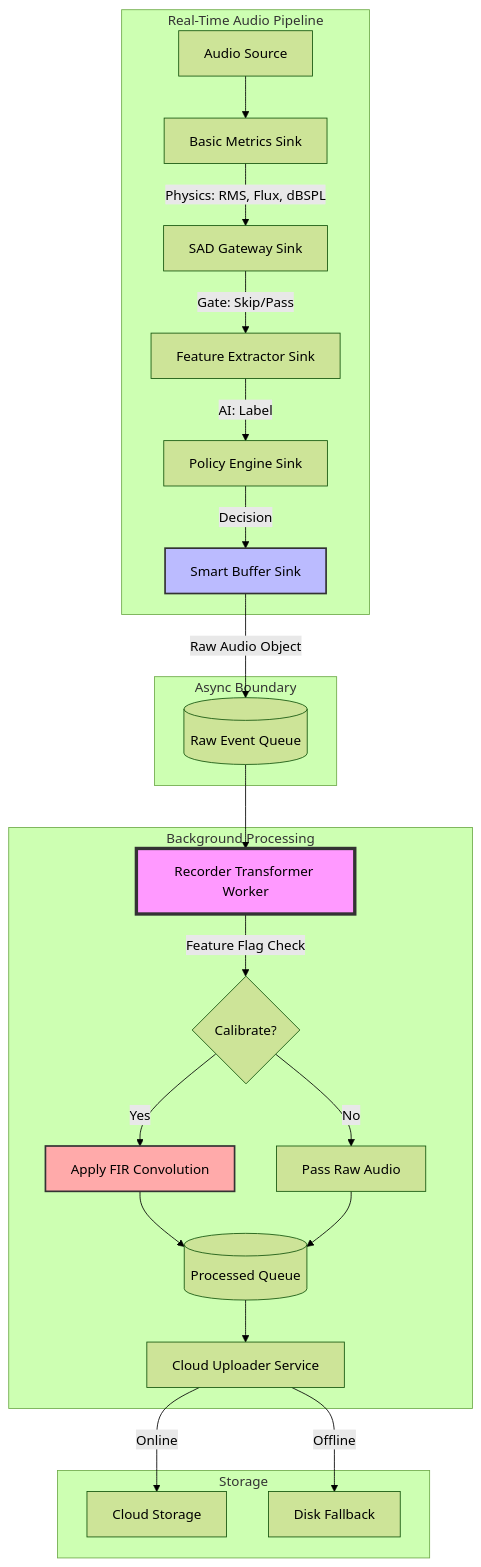
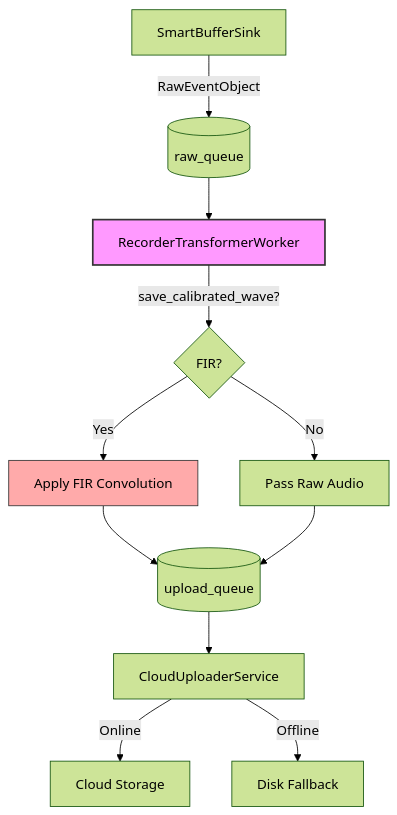
One commit to danielfcollier/py-edge-ai-acoustic-monitoring-app changed the second of 4 diagrams in ARCHITECTURE.md. Above: the diagram before and after it, drawn with Mermaid (forest theme). The commit also changed other lines of this file and 14 other files, not shown here.

````diff
--- a/ARCHITECTURE.md
+++ b/ARCHITECTURE.md
@@ -155,36 +39,16 @@
 ```mermaid
 flowchart TD
-    subgraph Pipeline [Real-Time Audio Pipeline]
-        Source[Audio Source] --> MetricSink[Basic Metrics Sink]
-        MetricSink --> |Physics: RMS, Flux, dBSPL| SADSink[SAD Gateway Sink]
-        SADSink --> |Gate: Skip/Pass| FeatureSink[Feature Extractor Sink]
-        FeatureSink --> |AI: Label| PolicySink[Policy Engine Sink]
-        PolicySink --> |Decision| BufferSink[Smart Buffer Sink]
-    end
+    B[SmartBufferSink] --> |RawEventObject| RQ[(raw_queue)]
+    RQ --> RT[RecorderTransformerWorker]
+    RT --> |"save_calibrated_wave?"| Gate{FIR?}
+    Gate -- Yes --> FIR[Apply FIR Convolution]
+    Gate -- No --> Pass[Pass Raw Audio]
+    FIR --> UQ[(upload_queue)]
+    Pass --> UQ
+    UQ --> CU[CloudUploaderService]
+    CU --> |Online| Cloud[Cloud Storage]
+    CU --> |Offline| Disk[Disk Fallback]
 
-    subgraph Handoff [Async Boundary]
-        BufferSink --> |Raw Audio Object| InputQueue[(Raw Event Queue)]
-    end
-
-    subgraph Workers [Background Processing]
-        InputQueue --> RecTransformer[Recorder Transformer Worker]
-        
-        RecTransformer -- "Feature Flag Check" --> Logic{Calibrate?}
-        Logic -- Yes --> FIR[Apply FIR Convolution]
-        Logic -- No --> Pass[Pass Raw Audio]
-        
-        FIR --> OutputQueue[(Processed Queue)]
-        Pass --> OutputQueue
-        
-        OutputQueue --> Uploader[Cloud Uploader Service]
-    end
-    
-    subgraph Storage
-        Uploader --> |Online| Cloud[Cloud Storage]
-        Uploader --> |Offline| Disk[Disk Fallback]
-    end
-
-    style BufferSink fill:#bbf,stroke:#333,stroke-width:2px
-    style RecTransformer fill:#f9f,stroke:#333,stroke-width:4px
-    style FIR fill:#ffaaaa,stroke:#333,stroke-width:2px
+    style RT fill:#f9f,stroke:#333,stroke-width:2px
+    style FIR fill:#ffaaaa,stroke:#333
 ```
````
